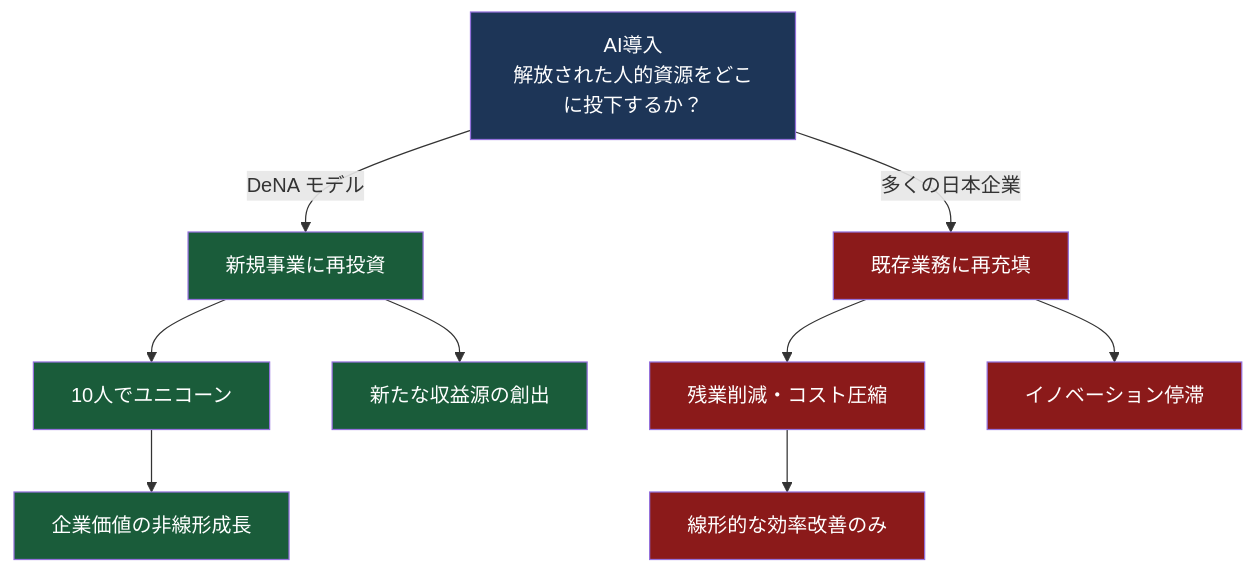
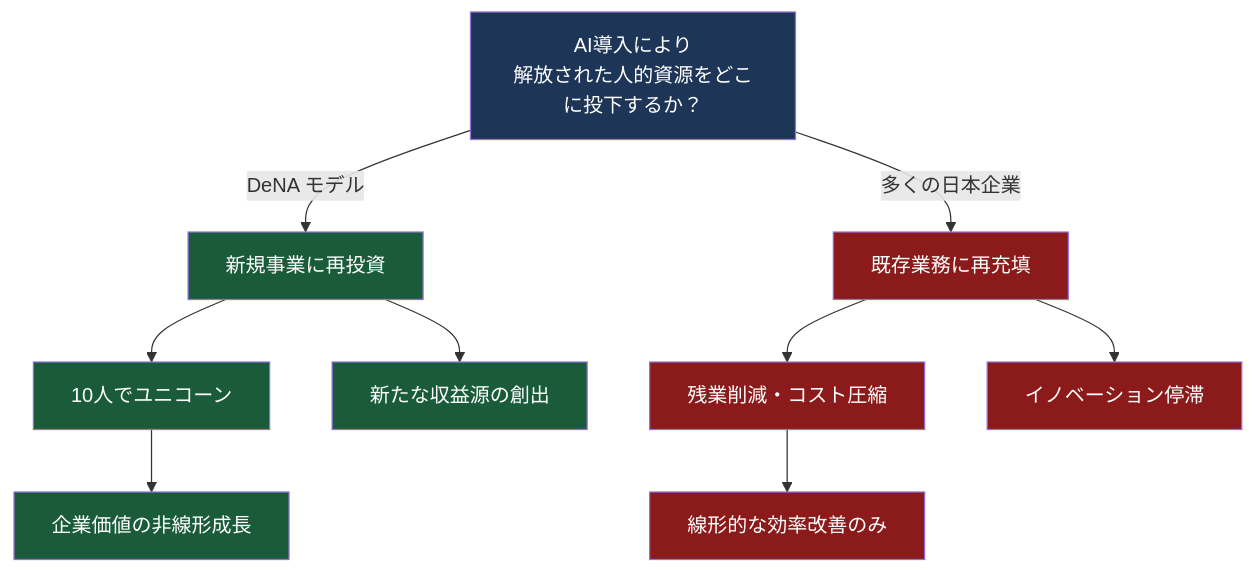
Before and after one commit to Leading-AI-IO/the-ai-organization: the second of 14 diagrams in docs/jp/the-ai-organization_JP.md, drawn with Mermaid. The commit also changed other lines of this file, not shown here.

````diff
--- a/docs/jp/the-ai-organization_JP.md
+++ b/docs/jp/the-ai-organization_JP.md
@@ -173,22 +173,22 @@
 ```mermaid
 graph TD
-    A["AI導入<br/>解放された人的資源をどこに投下するか？"]
+    A["AI導入により<br/>解放された人的資源をどこに投下するか？"]
     A -->|"DeNA モデル"| C["新規事業に再投資"]
     A -->|"多くの日本企業"| D["既存業務に再充填"]
     C --> E["10人でユニコーン"]
     C --> F["新たな収益源の創出"]
     D --> G["残業削減・コスト圧縮"]
     D --> H["イノベーション停滞"]
     E --> I["企業価値の非線形成長"]
     G --> J["線形的な効率改善のみ"]
 
     style A fill:#1d3557,color:#fff
     style C fill:#1a5c3a,color:#fff
     style D fill:#8b1a1a,color:#fff
     style E fill:#1a5c3a,color:#fff
     style F fill:#1a5c3a,color:#fff
     style G fill:#8b1a1a,color:#fff
     style H fill:#8b1a1a,color:#fff
     style I fill:#1a5c3a,color:#fff
     style J fill:#8b1a1a,color:#fff
 ```
````
